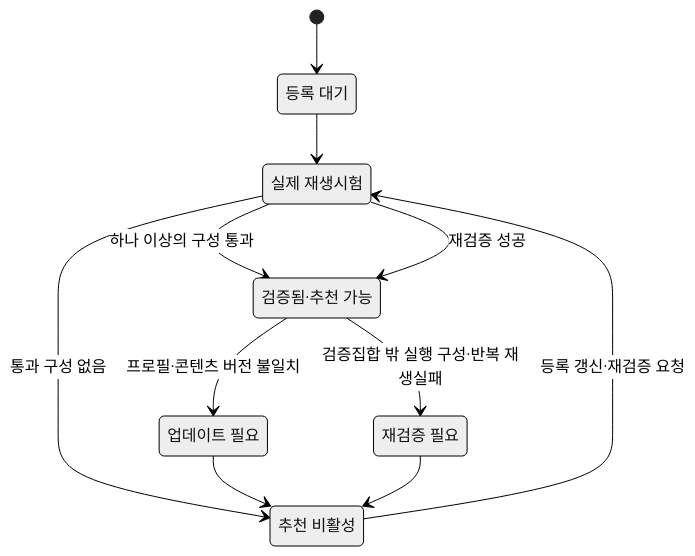
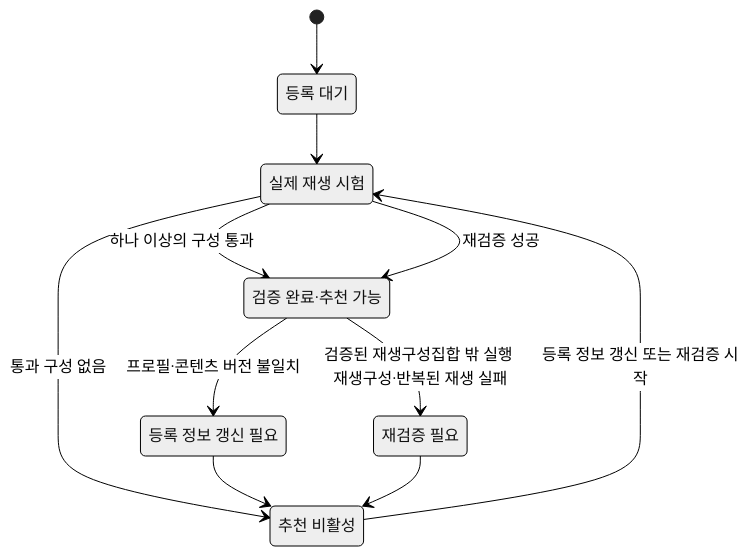
Diagram 14 of 14 in instant_play_직무발명서_개선본.md (growdai1y/instant-play), drawn with Mermaid (neutral theme) before and after one commit. The commit also changed other lines of this file and 10 other files, not shown here.

````diff
--- a/instant_play_직무발명서_개선본.md
+++ b/instant_play_직무발명서_개선본.md
@@ -1536,20 +1543,20 @@
 ```mermaid
 stateDiagram-v2
     state "등록 대기" as Registered
-    state "실제 재생시험" as Testing
-    state "검증됨·추천 가능" as Verified
-    state "업데이트 필요" as Update
+    state "실제 재생 시험" as Testing
+    state "검증 완료·추천 가능" as Verified
+    state "등록 정보 갱신 필요" as Update
     state "재검증 필요" as Reverify
     state "추천 비활성" as Disabled
 
     [*] --> Registered
     Registered --> Testing
     Testing --> Verified: 하나 이상의 구성 통과
     Testing --> Disabled: 통과 구성 없음
     Verified --> Update: 프로필·콘텐츠 버전 불일치
-    Verified --> Reverify: 검증집합 밖 실행 구성·반복 재생실패
+    Verified --> Reverify: 검증된 재생구성집합 밖 실행 재생구성·반복된 재생 실패
     Update --> Disabled
     Reverify --> Disabled
-    Disabled --> Testing: 등록 갱신·재검증 요청
+    Disabled --> Testing: 등록 정보 갱신 또는 재검증 시작
     Testing --> Verified: 재검증 성공
 ```
````
